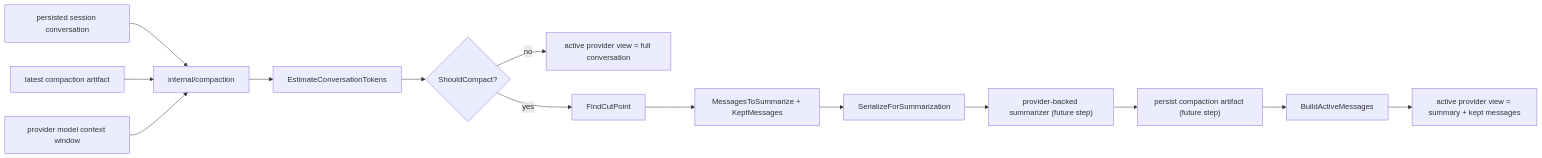
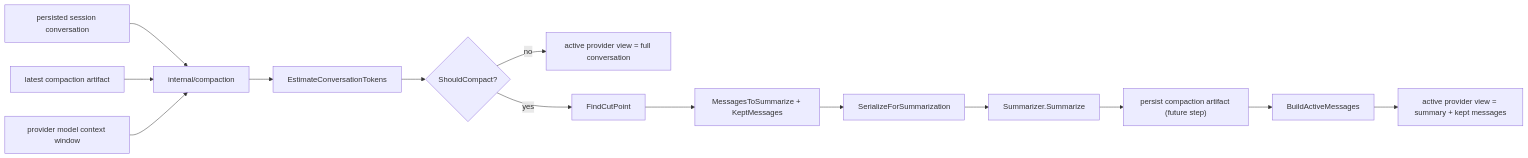
The first of 3 diagrams in internal/compaction/ARCHITECTURE.md (xren/goose-go), drawn with Mermaid before and after one commit. The commit also changed other lines of this file and 6 other files, not shown here.

````diff
--- a/internal/compaction/ARCHITECTURE.md
+++ b/internal/compaction/ARCHITECTURE.md
@@ -33,17 +35,17 @@
 ```mermaid
 flowchart LR
     A["persisted session conversation"] --> B["internal/compaction"]
     C["latest compaction artifact"] --> B
     D["provider model context window"] --> B
 
     B --> E["EstimateConversationTokens"]
     E --> F{"ShouldCompact?"}
     F -- "no" --> G["active provider view = full conversation"]
     F -- "yes" --> H["FindCutPoint"]
     H --> I["MessagesToSummarize + KeptMessages"]
     I --> J["SerializeForSummarization"]
-    J --> K["provider-backed summarizer (future step)"]
+    J --> K["Summarizer.Summarize"]
     K --> L["persist compaction artifact (future step)"]
     L --> M["BuildActiveMessages"]
     M --> N["active provider view = summary + kept messages"]
 ```
````
